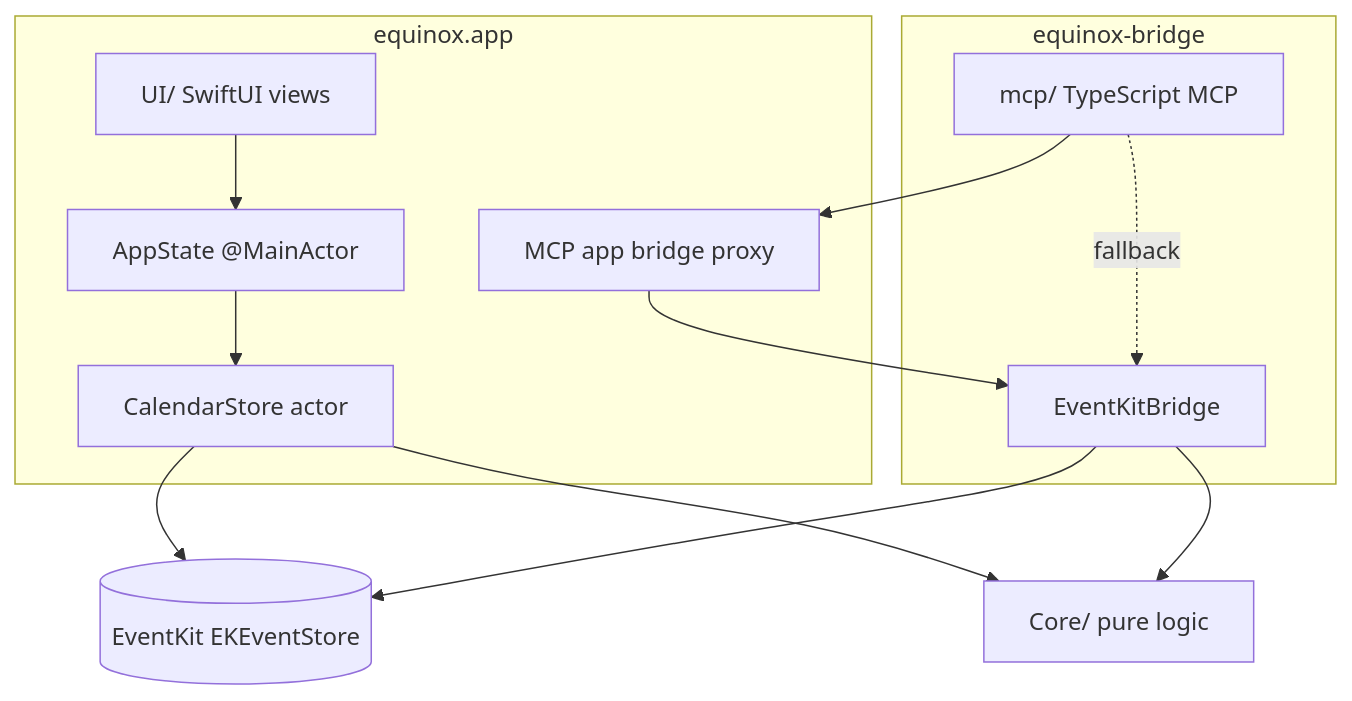
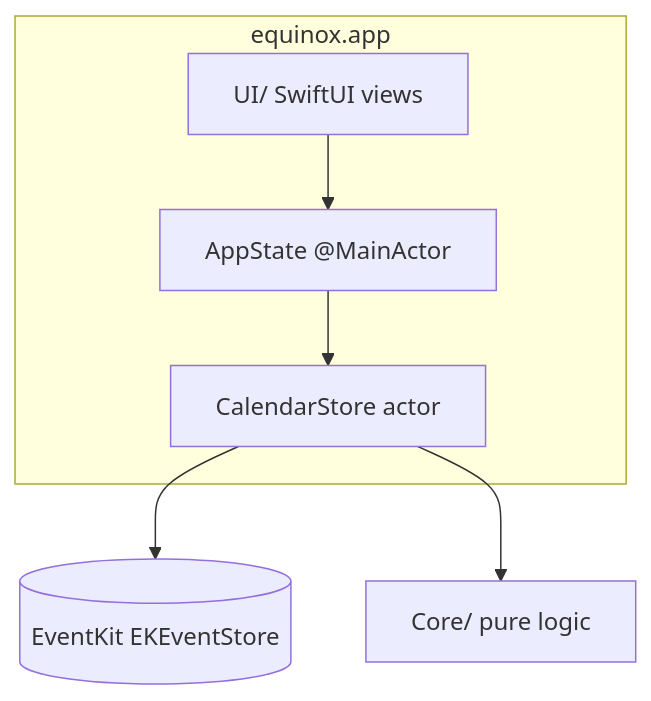
The first of 2 diagrams in ARCHITECTURE.md (ksandrpetrov/equinox), drawn with Mermaid before and after one commit. The commit also changed other lines of this file and 117 other files, not shown here.

````diff
--- a/ARCHITECTURE.md
+++ b/ARCHITECTURE.md
@@ -7,25 +7,15 @@
 ```mermaid
 flowchart TB
     subgraph gui [equinox.app]
         UI[UI/ SwiftUI views]
         AppState[AppState @MainActor]
         CalendarStore[CalendarStore actor]
-        AppBridge[MCP app bridge proxy]
-    end
-    subgraph cli [equinox-bridge]
-        MCP[mcp/ TypeScript MCP]
-        Bridge[EventKitBridge]
     end
     EK[(EventKit EKEventStore)]
     Core[Core/ pure logic]
 
     UI --> AppState
     AppState --> CalendarStore
     CalendarStore --> EK
     CalendarStore --> Core
-    MCP --> AppBridge
-    AppBridge --> Bridge
-    MCP -. fallback .-> Bridge
-    Bridge --> EK
-    Bridge --> Core
 ```
````
